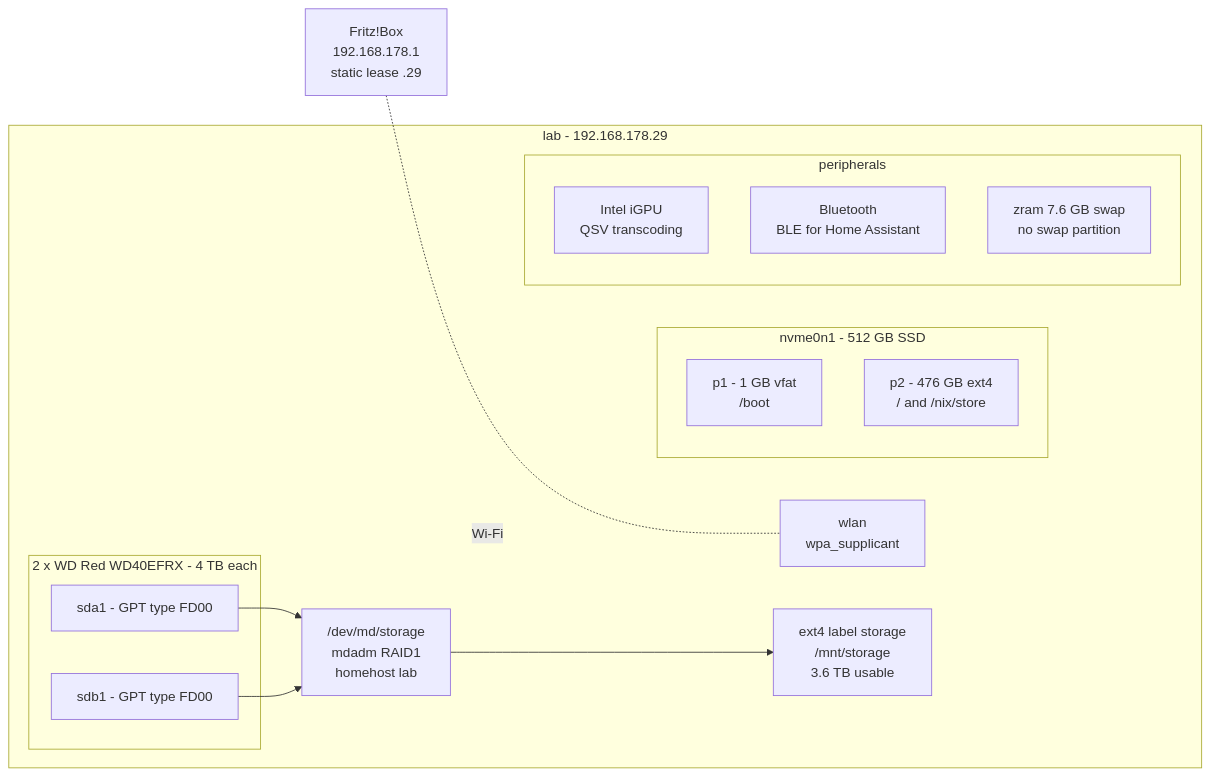
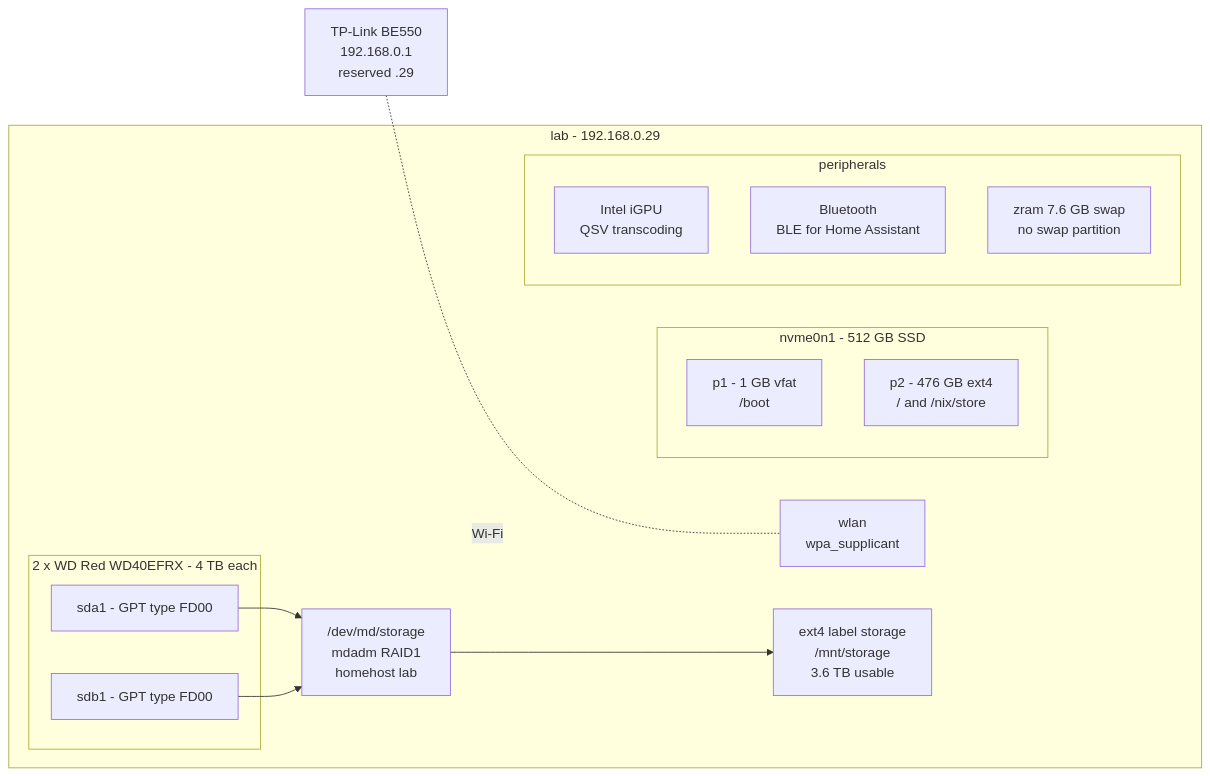
One commit to antonkesy/home-server changed the first of 2 diagrams in README.md. Above: the diagram before and after it, drawn with Mermaid. The commit also changed other lines of this file and 3 other files, not shown here.

Commit message:
network: the tp-link be550 on 192.168.0.0/24, lab reserved at .29, home.arpa as the lan domain

````diff
--- a/README.md
+++ b/README.md
@@ -13,31 +13,31 @@
 ```mermaid
 flowchart LR
-  router["Fritz!Box<br>192.168.178.1<br>static lease .29"] -. "Wi-Fi" .- nic["wlan<br>wpa_supplicant"]
+  router["TP-Link BE550<br>192.168.0.1<br>reserved .29"] -. "Wi-Fi" .- nic["wlan<br>wpa_supplicant"]
 
-  subgraph lab["lab - 192.168.178.29"]
+  subgraph lab["lab - 192.168.0.29"]
     nic
 
     subgraph nvme["nvme0n1 - 512 GB SSD"]
       p1["p1 - 1 GB vfat<br>/boot"]
       p2["p2 - 476 GB ext4<br>/ and /nix/store"]
     end
 
     subgraph disks["2 x WD Red WD40EFRX - 4 TB each"]
       sda["sda1 - GPT type FD00"]
       sdb["sdb1 - GPT type FD00"]
     end
 
     md["/dev/md/storage<br>mdadm RAID1<br>homehost lab"]
     ext4["ext4 label storage<br>/mnt/storage<br>3.6 TB usable"]
 
     subgraph periph["peripherals"]
       igpu["Intel iGPU<br>QSV transcoding"]
       ble["Bluetooth<br>BLE for Home Assistant"]
       zram["zram 7.6 GB swap<br>no swap partition"]
     end
   end
 
   sda --> md
   sdb --> md
   md --> ext4
 ```
````
